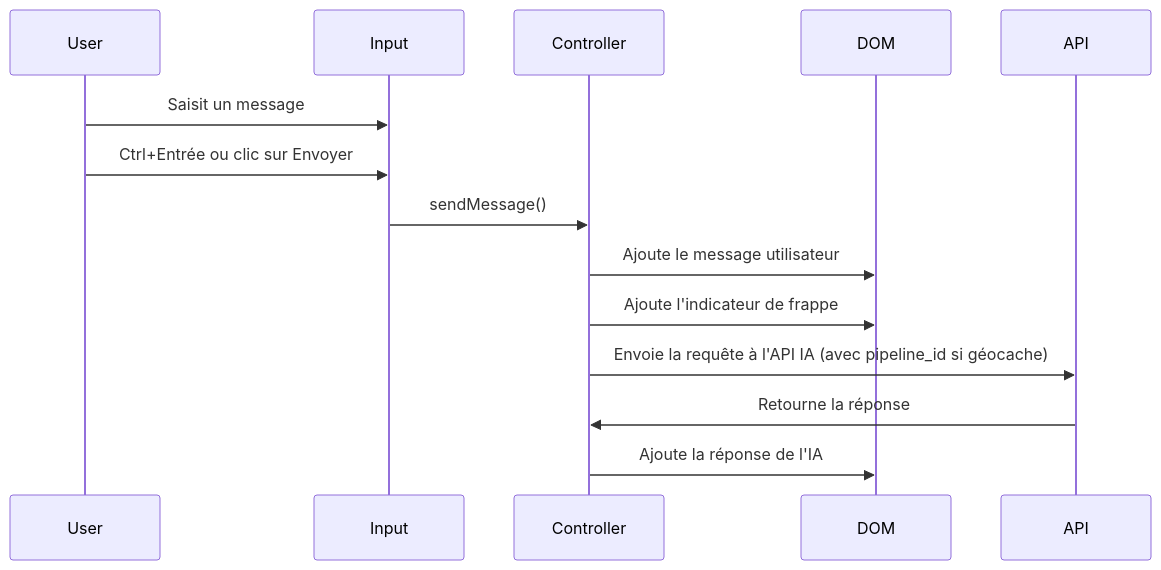
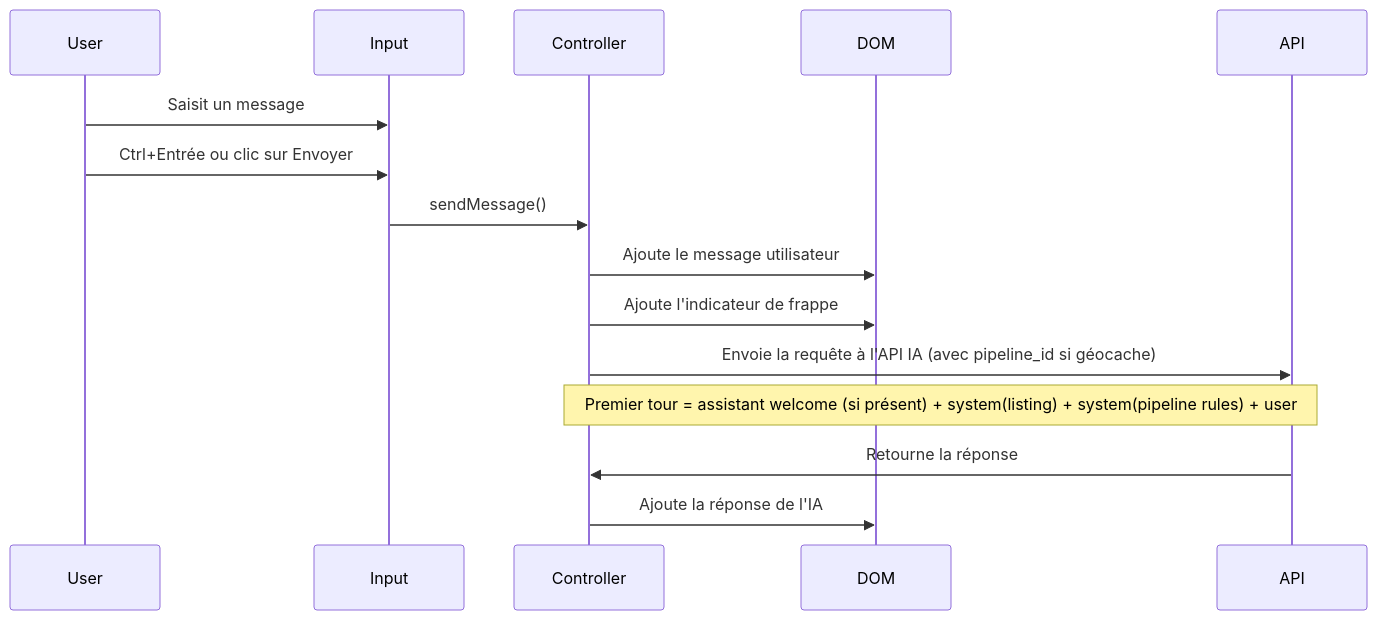
The third of 5 diagrams in docs/panel_ia.md (TherionAcribus/MysterAI), drawn with Mermaid before and after one commit. The commit also changed other lines of this file and 3 other files, not shown here.

````diff
--- a/docs/panel_ia.md
+++ b/docs/panel_ia.md
@@ -258,17 +259,18 @@
 ```mermaid
 sequenceDiagram
     participant User
     participant Input
     participant Controller
     participant DOM
     participant API
 
     User->>Input: Saisit un message
     User->>Input: Ctrl+Entrée ou clic sur Envoyer
     Input->>Controller: sendMessage()
     Controller->>DOM: Ajoute le message utilisateur
     Controller->>DOM: Ajoute l'indicateur de frappe
     Controller->>API: Envoie la requête à l'API IA (avec pipeline_id si géocache)
+    Note over Controller,API: Premier tour = assistant welcome (si présent) + system(listing) + system(pipeline rules) + user
     API->>Controller: Retourne la réponse
     Controller->>DOM: Ajoute la réponse de l'IA
 ```
````
